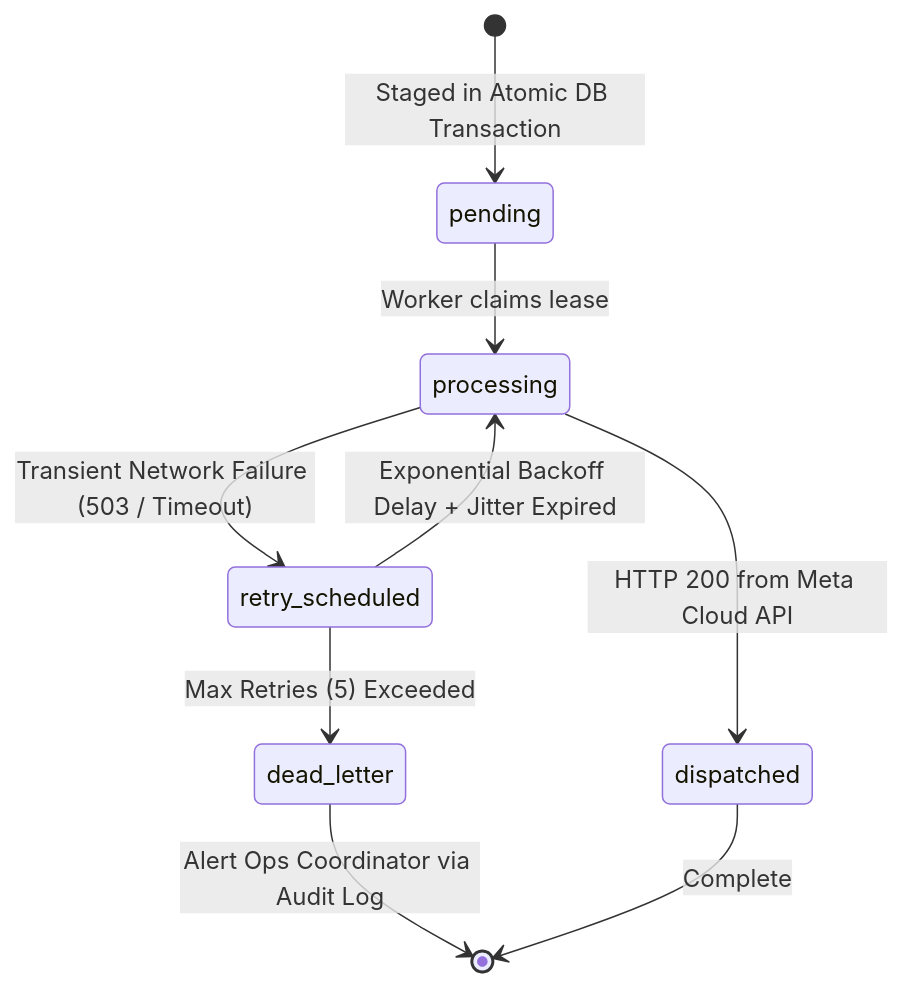
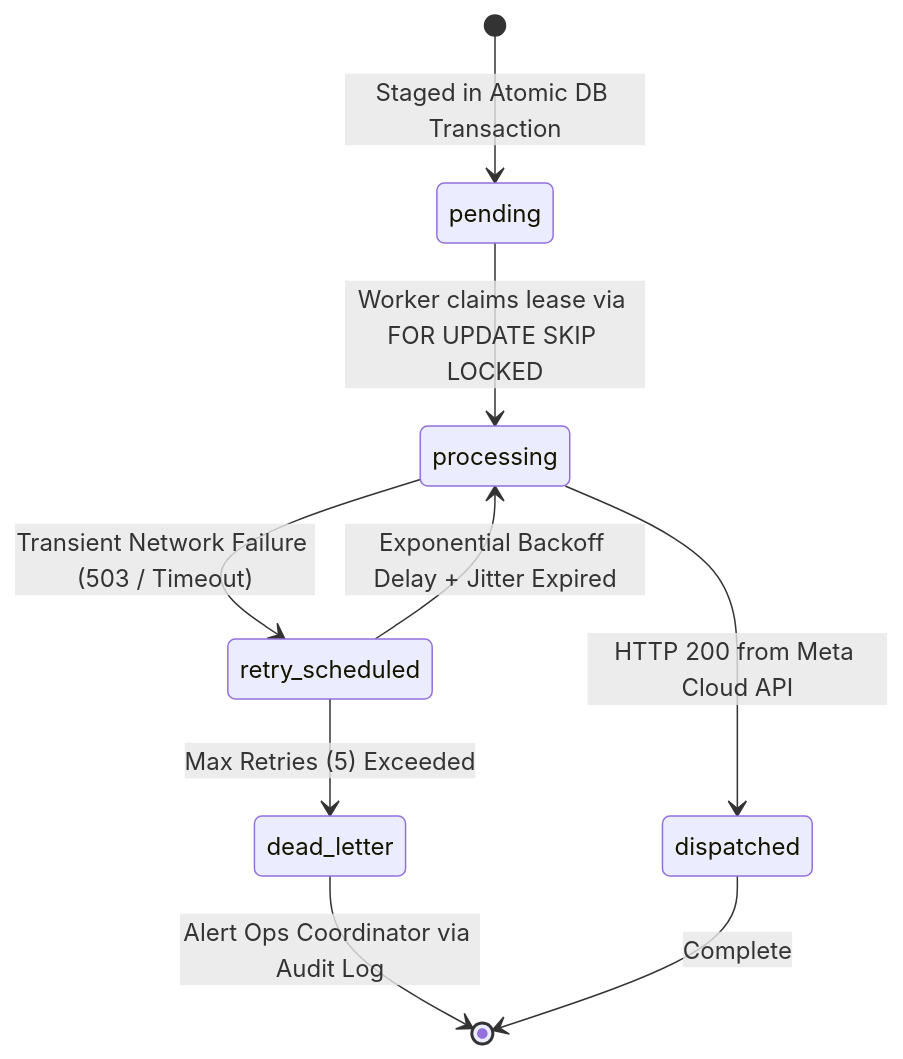
The fourth of 7 diagrams in README.md (MohammedNeana/Agentic-Travel-Operations), drawn with Mermaid before and after one commit. The commit also changed other lines of this file and 7 other files, not shown here.

Commit message:
feat(outbox): implement postgres skip locked claiming, otel batch span processor, and dual-mode ai eval pipeline

````diff
--- a/README.md
+++ b/README.md
@@ -202,13 +276,13 @@
 ```mermaid
 stateDiagram-v2
     [*] --> pending: Staged in Atomic DB Transaction
-    pending --> processing: Worker claims lease
+    pending --> processing: Worker claims lease via FOR UPDATE SKIP LOCKED
     processing --> dispatched: HTTP 200 from Meta Cloud API
     processing --> retry_scheduled: Transient Network Failure (503 / Timeout)
     
     retry_scheduled --> processing: Exponential Backoff Delay + Jitter Expired
     
     retry_scheduled --> dead_letter: Max Retries (5) Exceeded
     dead_letter --> [*]: Alert Ops Coordinator via Audit Log
     dispatched --> [*]: Complete
 ```
````
